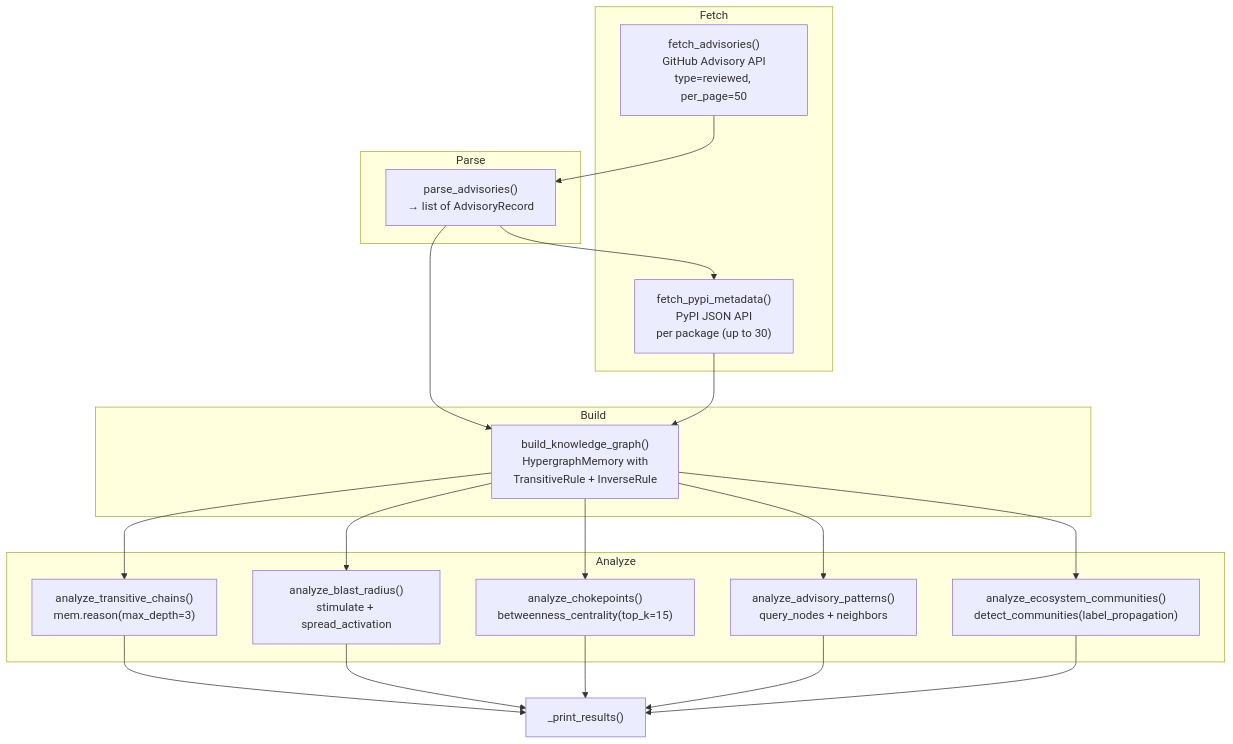
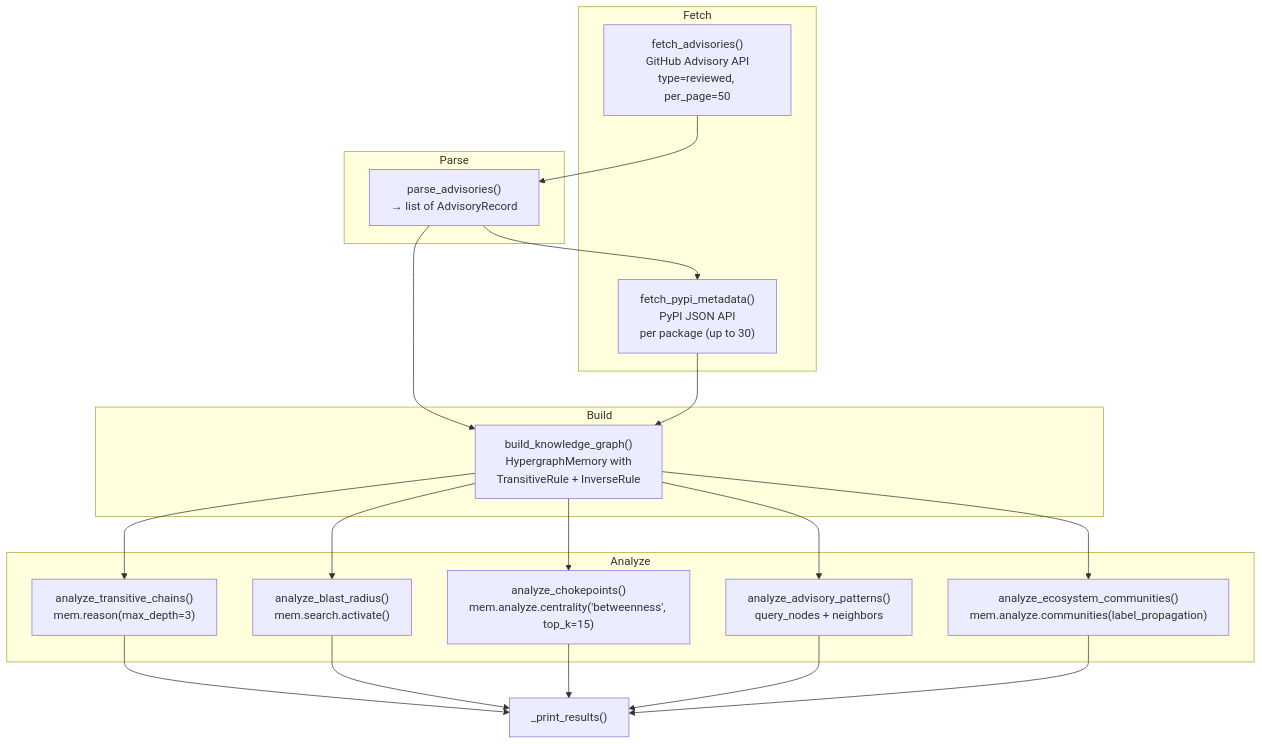
Before and after one commit to antquinonez/Hyper3: the diagram in examples/projects/dependency_scanner/README.md, drawn with Mermaid. The commit also changed other lines of this file and 7 other files, not shown here.

````diff
--- a/examples/projects/dependency_scanner/README.md
+++ b/examples/projects/dependency_scanner/README.md
@@ -19,34 +19,34 @@
 ```mermaid
 flowchart TD
     subgraph Fetch
         A["fetch_advisories()<br/>GitHub Advisory API<br/>type=reviewed, per_page=50"]
         B["fetch_pypi_metadata()<br/>PyPI JSON API<br/>per package (up to 30)"]
     end
 
     subgraph Parse
         C["parse_advisories()<br/>→ list of AdvisoryRecord"]
     end
 
     subgraph Build
         D["build_knowledge_graph()<br/>HypergraphMemory with<br/>TransitiveRule + InverseRule"]
     end
 
     subgraph Analyze
         E["analyze_transitive_chains()<br/>mem.reason(max_depth=3)"]
-        F["analyze_blast_radius()<br/>stimulate + spread_activation"]
-        G["analyze_chokepoints()<br/>betweenness_centrality(top_k=15)"]
+        F["analyze_blast_radius()<br/>mem.search.activate()"]
+        G["analyze_chokepoints()<br/>mem.analyze.centrality('betweenness', top_k=15)"]
         H["analyze_advisory_patterns()<br/>query_nodes + neighbors"]
-        I["analyze_ecosystem_communities()<br/>detect_communities(label_propagation)"]
+        I["analyze_ecosystem_communities()<br/>mem.analyze.communities(label_propagation)"]
     end
 
     A --> C
     C --> B
     C --> D
     B --> D
     D --> E
     D --> F
     D --> G
     D --> H
     D --> I
     E & F & G & H & I --> J["_print_results()"]
 ```
````
